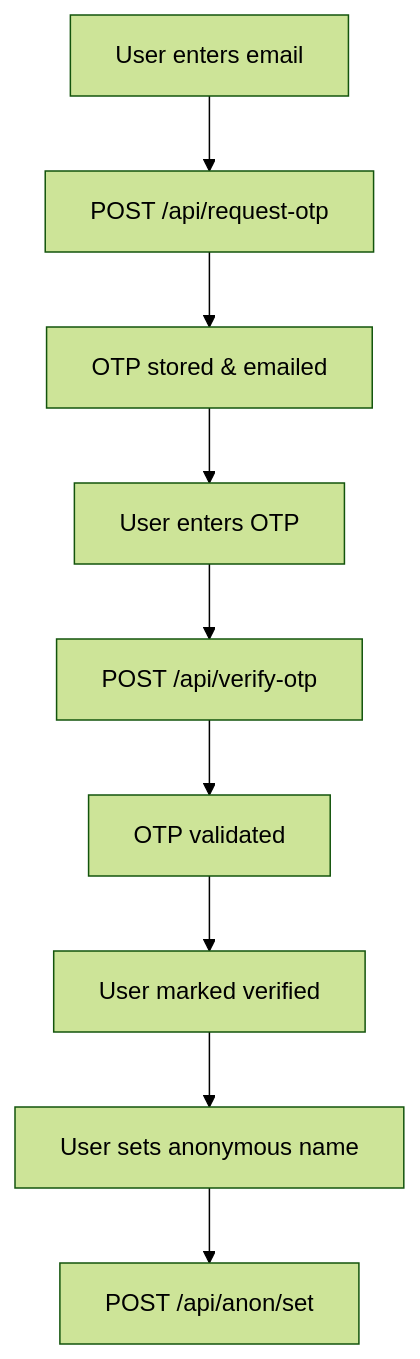
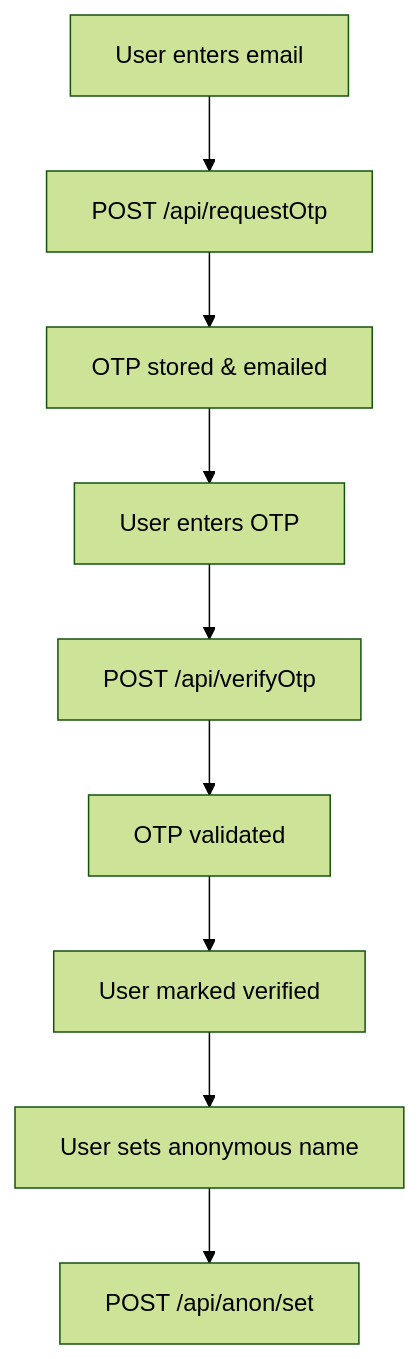
Before and after one commit to NalinDalal/blind-app: the diagram in docs/ARCHITECTURE.md, drawn with Mermaid (forest theme). The commit also changed 9 other files, not shown here.

````diff
--- a/docs/ARCHITECTURE.md
+++ b/docs/ARCHITECTURE.md
@@ -40,11 +40,11 @@
 ```mermaid
 flowchart TD
-    A[User enters email] --> B[POST /api/request-otp]
+    A[User enters email] --> B[POST /api/requestOtp]
     B --> C[OTP stored & emailed]
     C --> D[User enters OTP]
-    D --> E[POST /api/verify-otp]
+    D --> E[POST /api/verifyOtp]
     E --> F[OTP validated]
     F --> G[User marked verified]
     G --> H[User sets anonymous name]
     H --> I[POST /api/anon/set]
 ```
````
